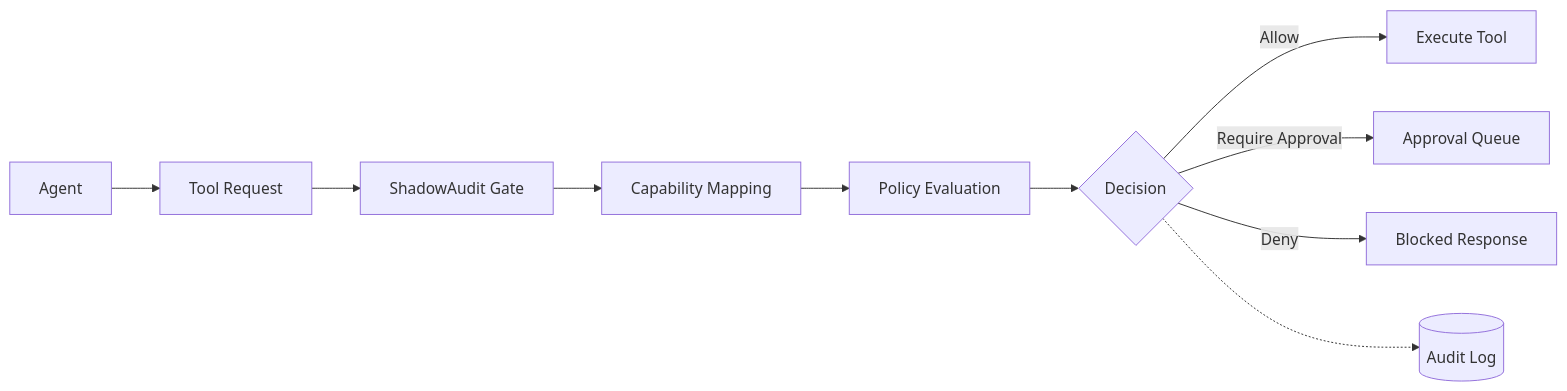
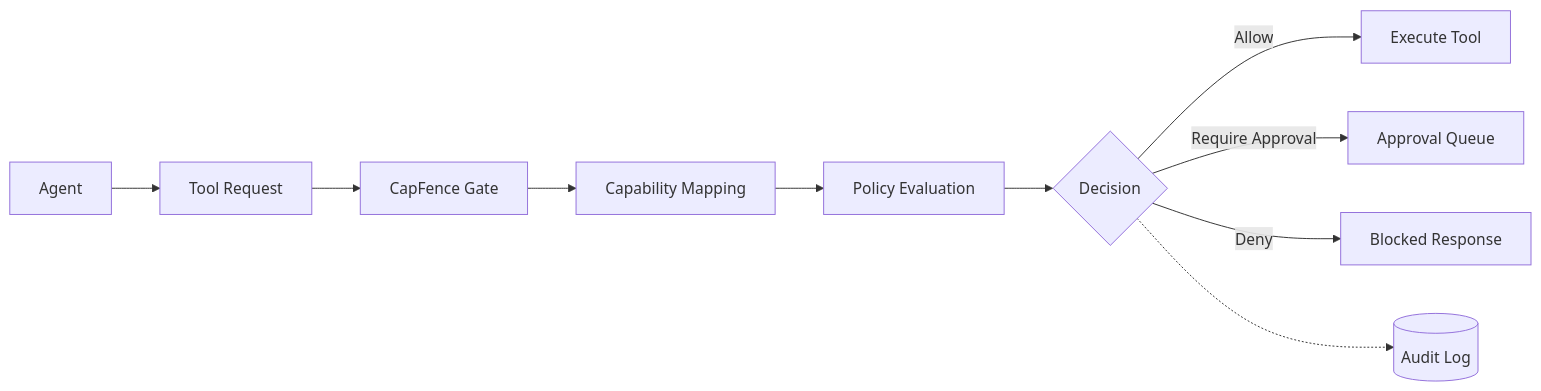
Before and after one commit to shadowauditlabs/shadowaudit-python: the diagram in docs/architecture/enforcement-flow.md, drawn with Mermaid. The commit also changed other lines of this file and 261 other files, not shown here.

Commit message:
release: bump version to 0.7.0 — CapFence rebrand from ShadowAudit

````diff
--- a/docs/architecture/enforcement-flow.md
+++ b/docs/architecture/enforcement-flow.md
@@ -5,12 +5,12 @@
 ```mermaid
 graph LR
     A[Agent] --> B[Tool Request]
-    B --> C[ShadowAudit Gate]
+    B --> C[CapFence Gate]
     C --> D[Capability Mapping]
     D --> E[Policy Evaluation]
     E --> F{Decision}
     F -->|Allow| G[Execute Tool]
     F -->|Require Approval| H[Approval Queue]
     F -->|Deny| I[Blocked Response]
     F -.-> J[(Audit Log)]
 ```
````
